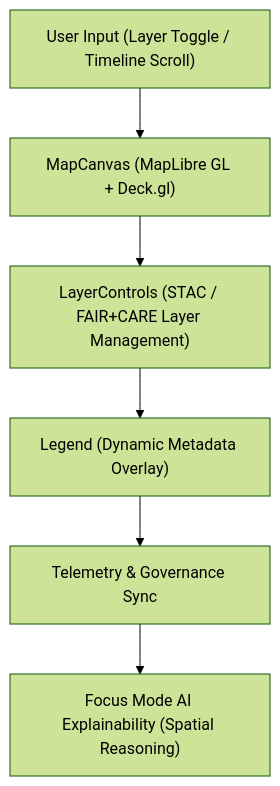
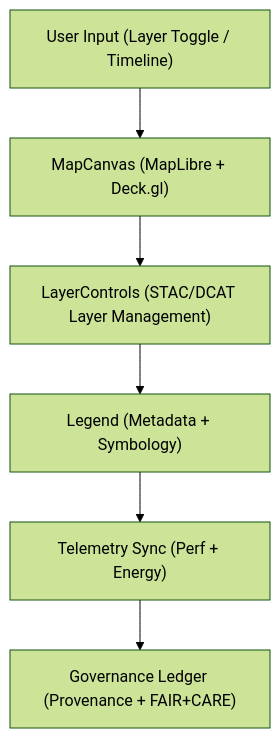
Before and after one commit to bartytime4life/Kansas-Frontier-Matrix: the diagram in web/src/components/MapView/README.md, drawn with Mermaid (forest theme). The commit also changed other lines of this file, not shown here.

````diff
--- a/web/src/components/MapView/README.md
+++ b/web/src/components/MapView/README.md
@@ -65,8 +55,8 @@
 ```mermaid
 flowchart TD
-    A["User Input (Layer Toggle / Timeline Scroll)"] --> B["MapCanvas (MapLibre GL + Deck.gl)"]
-    B --> C["LayerControls (STAC / FAIR+CARE Layer Management)"]
-    C --> D["Legend (Dynamic Metadata Overlay)"]
-    D --> E["Telemetry & Governance Sync"]
-    E --> F["Focus Mode AI Explainability (Spatial Reasoning)"]
+A["User Input (Layer Toggle / Timeline)"] --> B["MapCanvas (MapLibre + Deck.gl)"]
+B --> C["LayerControls (STAC/DCAT Layer Management)"]
+C --> D["Legend (Metadata + Symbology)"]
+D --> E["Telemetry Sync (Perf + Energy)"]
+E --> F["Governance Ledger (Provenance + FAIR+CARE)"]
 ```
````
